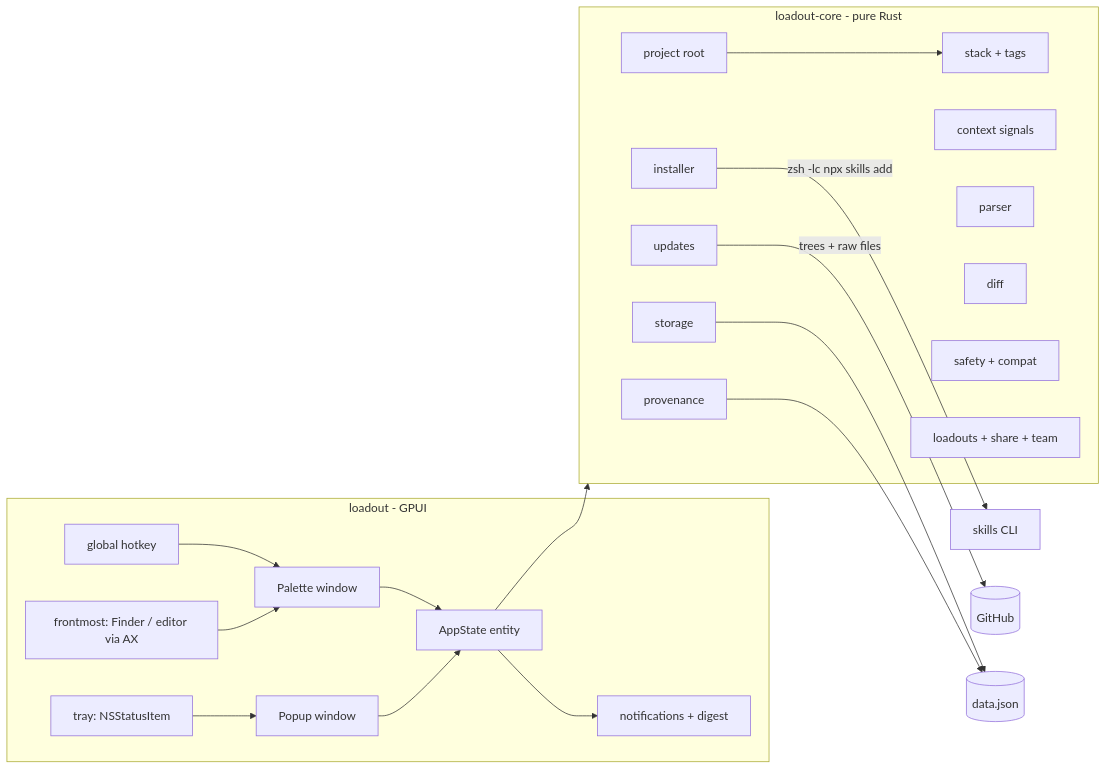
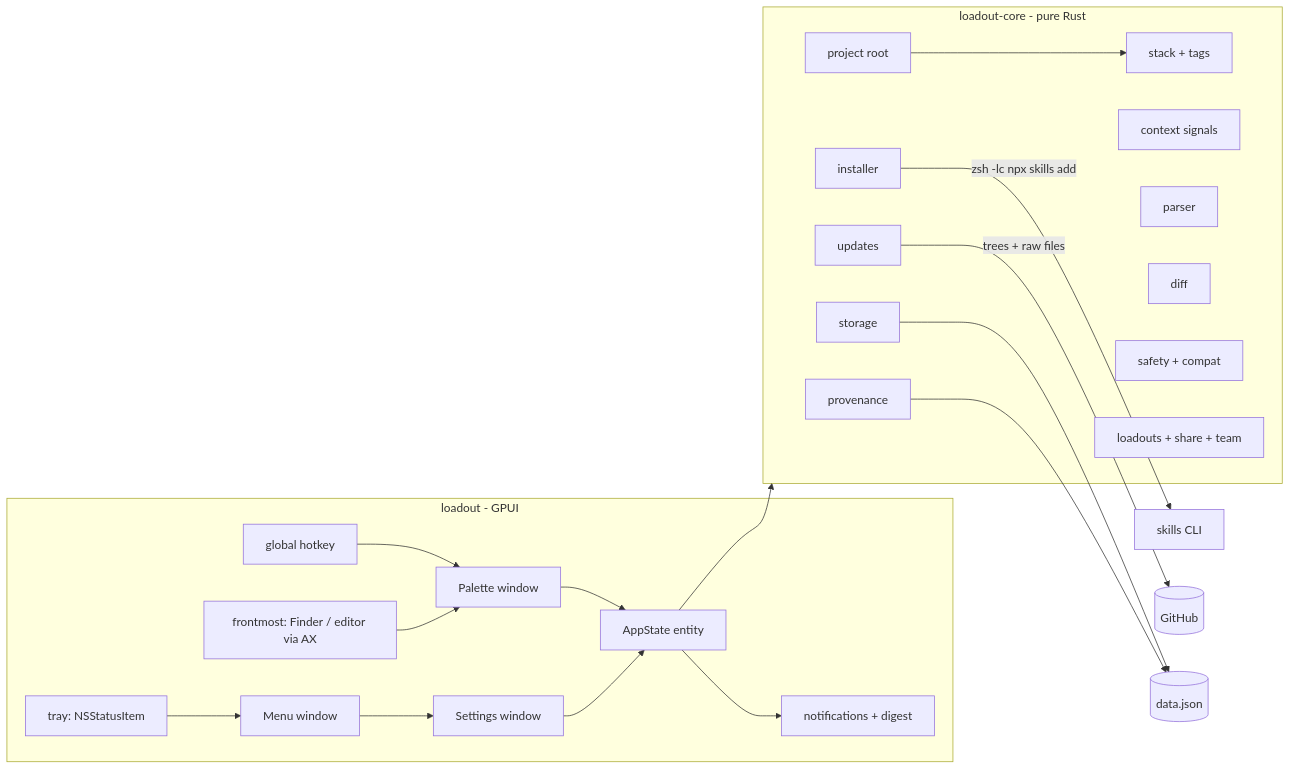
The diagram in docs/ARCHITECTURE.md (dangvanthanh/loadout), drawn with Mermaid before and after one commit. The commit also changed other lines of this file and 31 other files, not shown here.

Commit message:
Menu bar menu and a Settings window like Rex; multi-agent, launch commands, app icon, shortcut recording

````diff
--- a/docs/ARCHITECTURE.md
+++ b/docs/ARCHITECTURE.md
@@ -17,28 +19,28 @@
 ```mermaid
 flowchart LR
   subgraph app[loadout - GPUI]
     Hotkey[global hotkey] --> Palette[Palette window]
     Front[frontmost: Finder / editor via AX] --> Palette
-    Tray[tray: NSStatusItem] --> Popup[Popup window]
+    Tray[tray: NSStatusItem] --> Menu[Menu window] --> Settings[Settings window]
     Palette --> State[AppState entity]
-    Popup --> State
+    Settings --> State
     State --> Notify[notifications + digest]
   end
   subgraph core[loadout-core - pure Rust]
     Project[project root] --> Stack[stack + tags]
     Context[context signals]
     Parser[parser]
     Installer[installer]
     Updates[updates]
     Diff[diff]
     Safety[safety + compat]
     Loadouts[loadouts + share + team]
     Provenance[provenance]
     Storage[storage]
   end
   State --> core
   Installer -->|zsh -lc npx skills add| CLI[skills CLI]
   Updates -->|trees + raw files| GitHub[(GitHub)]
   Storage --> JSON[(data.json)]
   Provenance --> JSON
 ```
````
